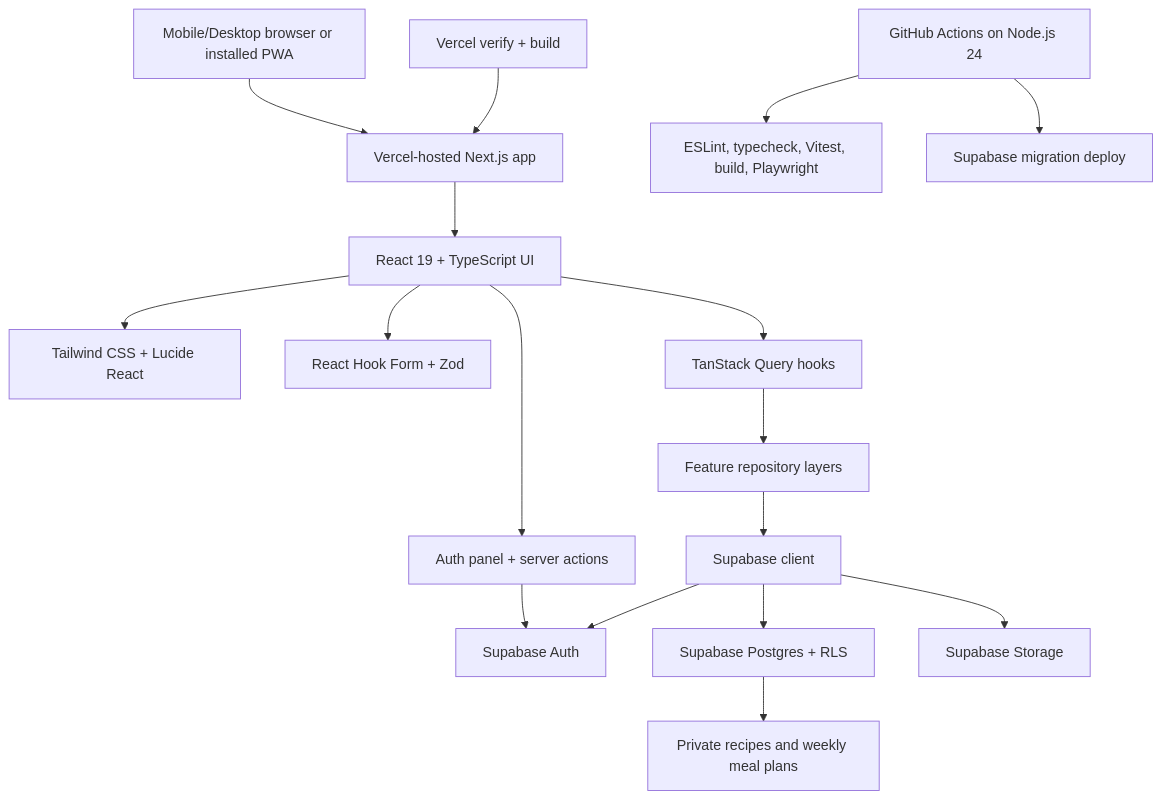
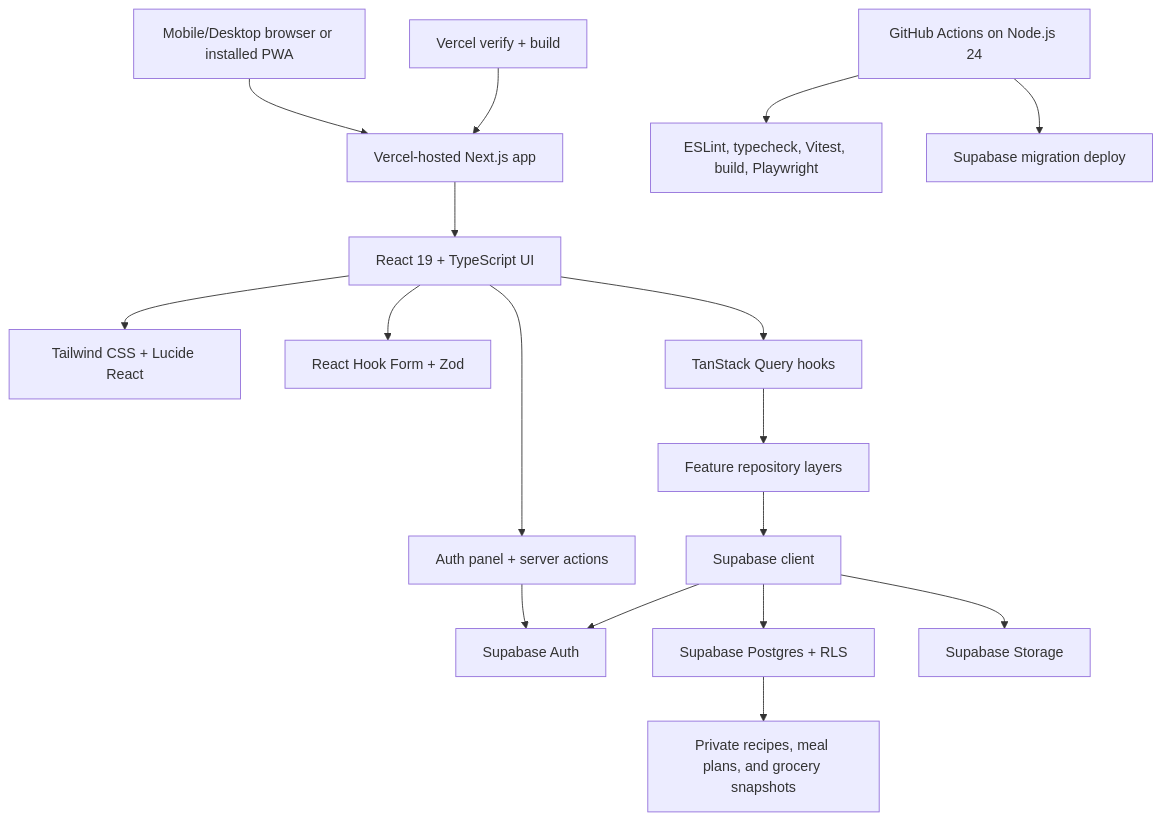
Before and after one commit to zzdlklzz/pocket-plates: the first of 4 diagrams in docs/ARCHITECTURE.md, drawn with Mermaid. The commit also changed other lines of this file and 8 other files, not shown here.

First line of the commit message:
feat(grocery-lists): add private data foundation

````diff
--- a/docs/ARCHITECTURE.md
+++ b/docs/ARCHITECTURE.md
@@ -27,19 +27,19 @@
 ```mermaid
 flowchart TD
     A["Mobile/Desktop browser or installed PWA"] --> B["Vercel-hosted Next.js app"]
     B --> C["React 19 + TypeScript UI"]
     C --> D["Tailwind CSS + Lucide React"]
     C --> E["React Hook Form + Zod"]
     C --> F["TanStack Query hooks"]
     C --> Q["Auth panel + server actions"]
     Q --> I["Supabase Auth"]
     F --> G["Feature repository layers"]
     G --> H["Supabase client"]
     H --> I["Supabase Auth"]
     H --> J["Supabase Postgres + RLS"]
     H --> K["Supabase Storage"]
-    J --> L["Private recipes and weekly meal plans"]
+    J --> L["Private recipes, meal plans, and grocery snapshots"]
     M["GitHub Actions on Node.js 24"] --> N["ESLint, typecheck, Vitest, build, Playwright"]
     M --> O["Supabase migration deploy"]
     P["Vercel verify + build"] --> B
 ```
````
